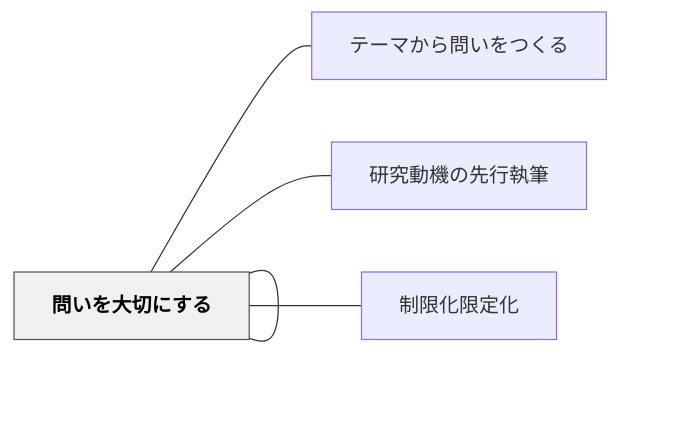
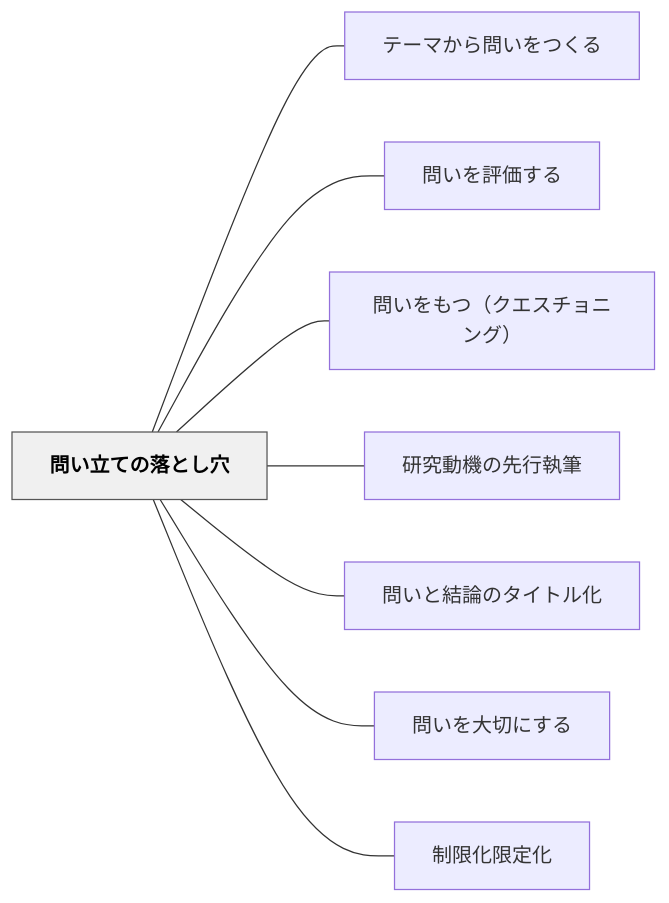
Before and after one commit to unknownthings-ed-patterns/unknownthings-ed-patterns: the diagram in content/パタン/問い立ての落とし穴.md, drawn with Mermaid. The commit also changed 527 other files, not shown here.

````diff
--- a/content/パタン/問い立ての落とし穴.md
+++ b/content/パタン/問い立ての落とし穴.md
@@ -115,22 +115,22 @@
 ```mermaid
 flowchart LR
-    ne5958fe38184["問い立ての落とし穴"]
-    ne38386e383bc["テーマから問いをつくる"]
-    ne5958fe38184["問いを評価する"]
-    ne5958fe38184["問いをもつ（クエスチョニング）"]
-    ne7a094e7a9b6["研究動機の先行執筆"]
-    ne5958fe38184["問いと結論のタイトル化"]
-    ne5958fe38184["問いを大切にする"]
-    ne588b6e99990["制限化限定化"]
+    ne5958fe38184e7ab8be381a6e381aee890bde381a8e38197e7a9b4["問い立ての落とし穴"]
+    ne38386e383bce3839ee3818be38289e5958fe38184e38292e381a4e3818fe3828b["テーマから問いをつくる"]
+    ne5958fe38184e38292e8a995e4bea1e38199e3828b["問いを評価する"]
+    ne5958fe38184e38292e38282e381a4efbc88e382afe382a8e382b9e38381e383a7e3838be383b3e382b0efbc89["問いをもつ（クエスチョニング）"]
+    ne7a094e7a9b6e58b95e6a99fe381aee58588e8a18ce59fb7e7ad86["研究動機の先行執筆"]
+    ne5958fe38184e381a8e7b590e8ab96e381aee382bfe382a4e38388e383abe58c96["問いと結論のタイトル化"]
+    ne5958fe38184e38292e5a4a7e58887e381abe38199e3828b["問いを大切にする"]
+    ne588b6e99990e58c96e99990e5ae9ae58c96["制限化限定化"]
 
-    ne5958fe38184 --- ne38386e383bc
-    ne5958fe38184 --- ne5958fe38184
-    ne5958fe38184 --- ne5958fe38184
-    ne5958fe38184 --- ne7a094e7a9b6
-    ne5958fe38184 --- ne5958fe38184
-    ne5958fe38184 --- ne5958fe38184
-    ne5958fe38184 --- ne588b6e99990
+    ne5958fe38184e7ab8be381a6e381aee890bde381a8e38197e7a9b4 --- ne38386e383bce3839ee3818be38289e5958fe38184e38292e381a4e3818fe3828b
+    ne5958fe38184e7ab8be381a6e381aee890bde381a8e38197e7a9b4 --- ne5958fe38184e38292e8a995e4bea1e38199e3828b
+    ne5958fe38184e7ab8be381a6e381aee890bde381a8e38197e7a9b4 --- ne5958fe38184e38292e38282e381a4efbc88e382afe382a8e382b9e38381e383a7e3838be383b3e382b0efbc89
+    ne5958fe38184e7ab8be381a6e381aee890bde381a8e38197e7a9b4 --- ne7a094e7a9b6e58b95e6a99fe381aee58588e8a18ce59fb7e7ad86
+    ne5958fe38184e7ab8be381a6e381aee890bde381a8e38197e7a9b4 --- ne5958fe38184e381a8e7b590e8ab96e381aee382bfe382a4e38388e383abe58c96
+    ne5958fe38184e7ab8be381a6e381aee890bde381a8e38197e7a9b4 --- ne5958fe38184e38292e5a4a7e58887e381abe38199e3828b
+    ne5958fe38184e7ab8be381a6e381aee890bde381a8e38197e7a9b4 --- ne588b6e99990e58c96e99990e5ae9ae58c96
 
     classDef hub fill:#f0f0f0,stroke:#555,color:#000,font-weight:bold
-    class ne5958fe38184 hub
+    class ne5958fe38184e7ab8be381a6e381aee890bde381a8e38197e7a9b4 hub
 ```
````
